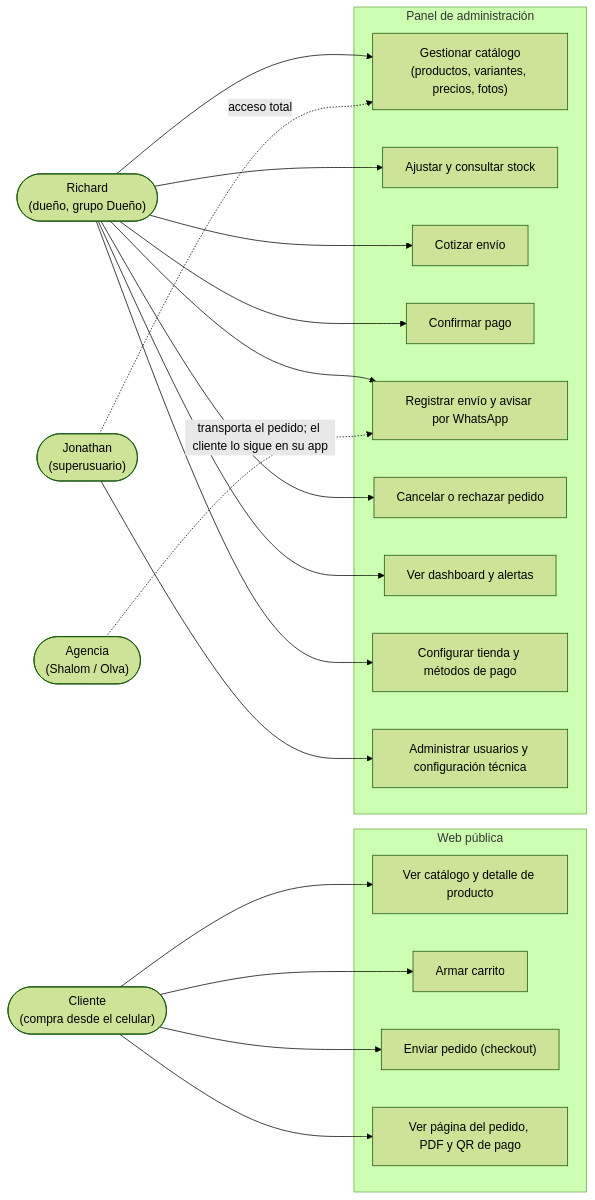
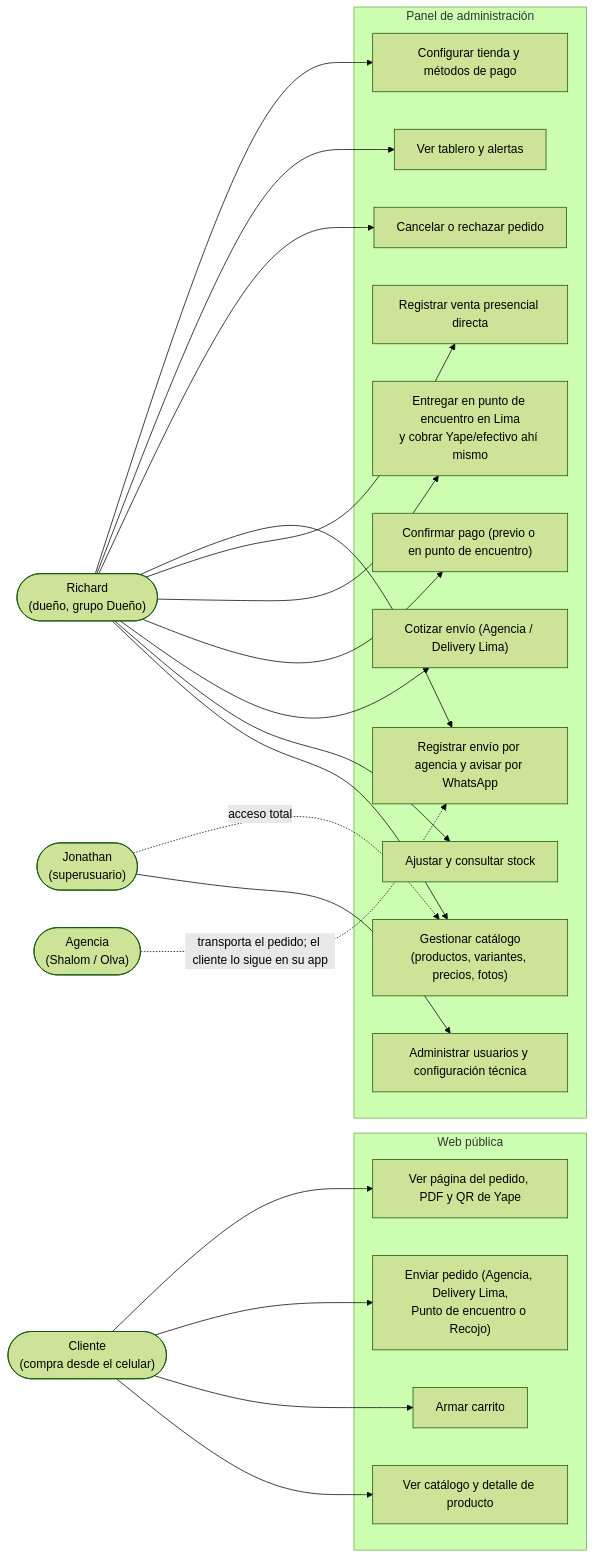
Before and after one commit to jcoldsolutionsj-lab/Proyect_03EcomerceEmunaSport: the diagram in 01-Relevamiento/diagramas/00-mapa-actores-casos-uso.md, drawn with Mermaid (forest theme). The commit also changed other lines of this file and 43 other files, not shown here.

````diff
--- a/01-Relevamiento/diagramas/00-mapa-actores-casos-uso.md
+++ b/01-Relevamiento/diagramas/00-mapa-actores-casos-uso.md
@@ -5,32 +5,34 @@
 ```mermaid
 flowchart LR
   CLI(["Cliente<br/>(compra desde el celular)"])
   RIC(["Richard<br/>(dueño, grupo Dueño)"])
   JON(["Jonathan<br/>(superusuario)"])
   AGE(["Agencia<br/>(Shalom / Olva)"])
 
   subgraph WEB["Web pública"]
     U1["Ver catálogo y detalle de producto"]
     U2["Armar carrito"]
-    U3["Enviar pedido (checkout)"]
-    U4["Ver página del pedido, PDF y QR de pago"]
+    U3["Enviar pedido (Agencia, Delivery Lima,<br/>Punto de encuentro o Recojo)"]
+    U4["Ver página del pedido, PDF y QR de Yape"]
   end
 
   subgraph ADM["Panel de administración"]
     A1["Gestionar catálogo<br/>(productos, variantes, precios, fotos)"]
     A2["Ajustar y consultar stock"]
-    A3["Cotizar envío"]
-    A4["Confirmar pago"]
-    A5["Registrar envío y avisar por WhatsApp"]
-    A6["Cancelar o rechazar pedido"]
-    A7["Ver dashboard y alertas"]
-    A8["Configurar tienda y métodos de pago"]
-    A9["Administrar usuarios y configuración técnica"]
+    A3["Cotizar envío (Agencia / Delivery Lima)"]
+    A4["Confirmar pago (previo o en punto de encuentro)"]
+    A5["Entregar en punto de encuentro en Lima<br/>y cobrar Yape/efectivo ahí mismo"]
+    A6["Registrar venta presencial directa"]
+    A7["Registrar envío por agencia y avisar por WhatsApp"]
+    A8["Cancelar o rechazar pedido"]
+    A9["Ver tablero y alertas"]
+    A10["Configurar tienda y métodos de pago"]
+    A11["Administrar usuarios y configuración técnica"]
   end
 
   CLI --> U1 & U2 & U3 & U4
-  RIC --> A1 & A2 & A3 & A4 & A5 & A6 & A7 & A8
-  JON --> A9
+  RIC --> A1 & A2 & A3 & A4 & A5 & A6 & A7 & A8 & A9 & A10
+  JON --> A11
   JON -.->|"acceso total"| A1
-  AGE -.->|"transporta el pedido; el cliente lo sigue en su app"| A5
+  AGE -.->|"transporta el pedido; el cliente lo sigue en su app"| A7
 ```
````
